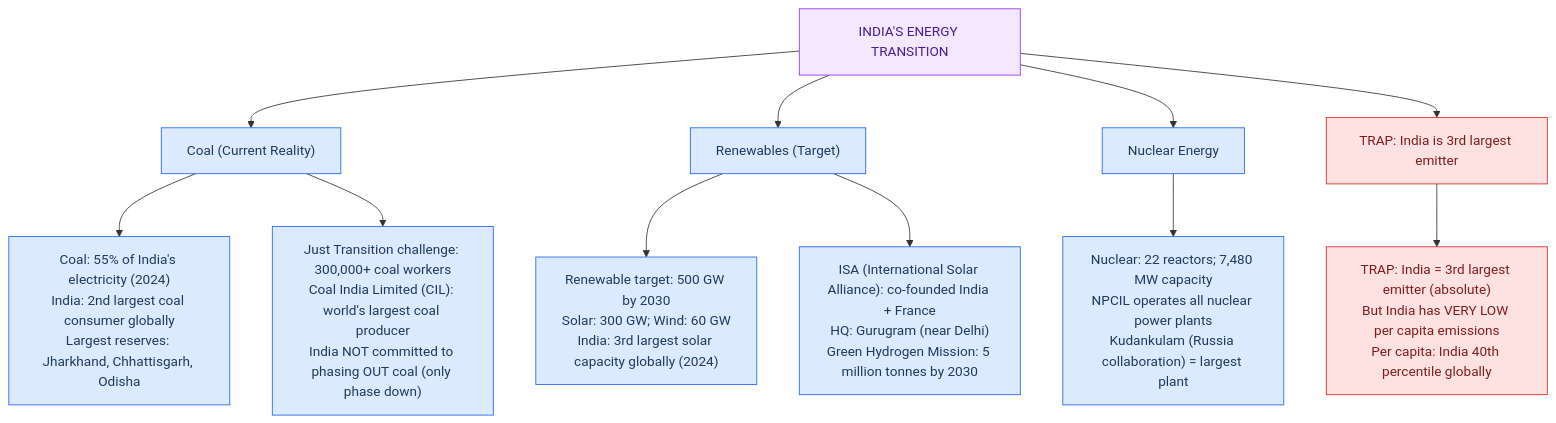
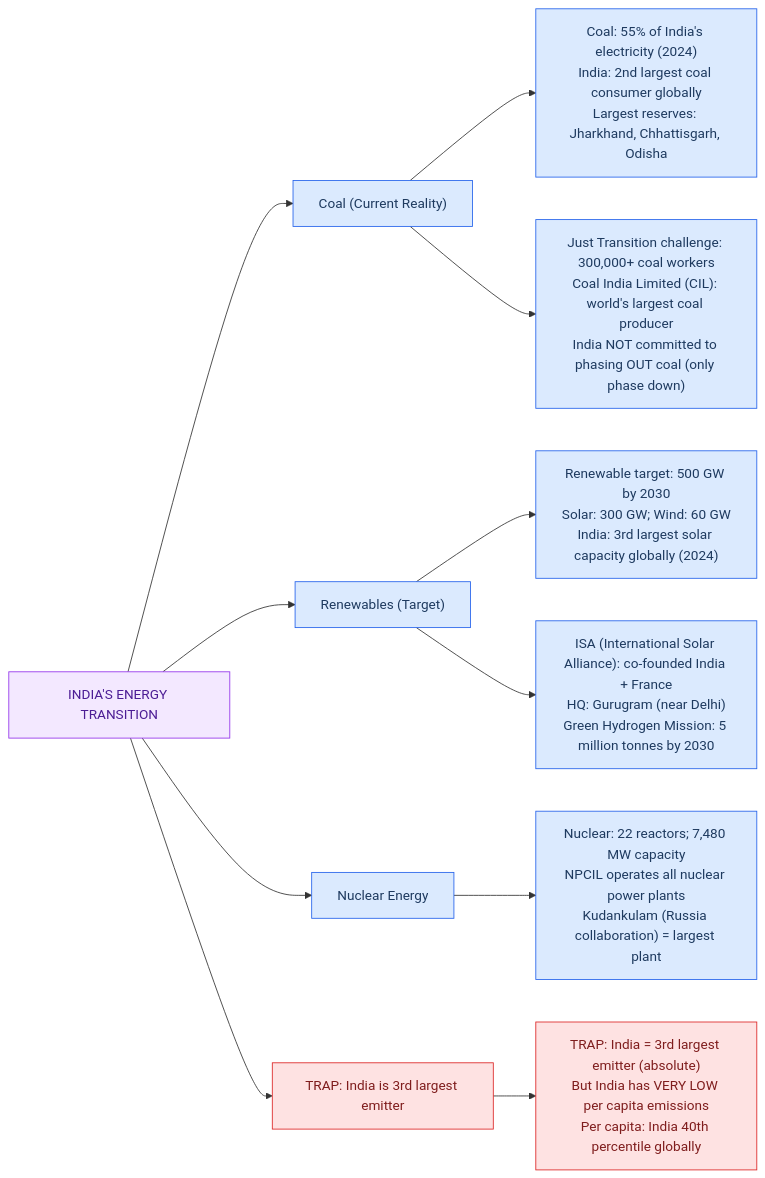
Diagram 11 of 16 in backend/seeds/study_notes/sci_tech.md (bhanuprakash13579/pariksha365), drawn with Mermaid before and after one commit. The commit also changed other lines of this file and 772 other files, not shown here.

```diff
--- a/backend/seeds/study_notes/sci_tech.md
+++ b/backend/seeds/study_notes/sci_tech.md
@@ -909,19 +931,19 @@
 <div class="mermaid">
-flowchart TD
+flowchart LR
     R["INDIA'S ENERGY TRANSITION"]:::root
     R --> CO["Coal (Current Reality)"]:::key
     R --> RE["Renewables (Target)"]:::key
     R --> NE["Nuclear Energy"]:::key
     R --> TR["TRAP: India is 3rd largest emitter"]:::trap
     CO --> CO1["Coal: 55% of India's electricity (2024)<br>India: 2nd largest coal consumer globally<br>Largest reserves: Jharkhand, Chhattisgarh, Odisha"]:::key
     CO --> CO2["Just Transition challenge: 300,000+ coal workers<br>Coal India Limited (CIL): world's largest coal producer<br>India NOT committed to phasing OUT coal (only phase down)"]:::key
     RE --> RE1["Renewable target: 500 GW by 2030<br>Solar: 300 GW; Wind: 60 GW<br>India: 3rd largest solar capacity globally (2024)"]:::key
     RE --> RE2["ISA (International Solar Alliance): co-founded India + France<br>HQ: Gurugram (near Delhi)<br>Green Hydrogen Mission: 5 million tonnes by 2030"]:::key
     NE --> NE1["Nuclear: 22 reactors; 7,480 MW capacity<br>NPCIL operates all nuclear power plants<br>Kudankulam (Russia collaboration) = largest plant"]:::key
     TR --> TR1["TRAP: India = 3rd largest emitter (absolute)<br>But India has VERY LOW per capita emissions<br>Per capita: India 40th percentile globally"]:::trap
     classDef key fill:#dbeafe,stroke:#2563eb,color:#1e3a5f
     classDef trap fill:#fee2e2,stroke:#dc2626,color:#7f1d1d
     classDef date fill:#fef3c7,stroke:#d97706,color:#78350f
     classDef proc fill:#dcfce7,stroke:#16a34a,color:#14532d
     classDef root fill:#f3e8ff,stroke:#9333ea,color:#4c1d95
 </div>
```
